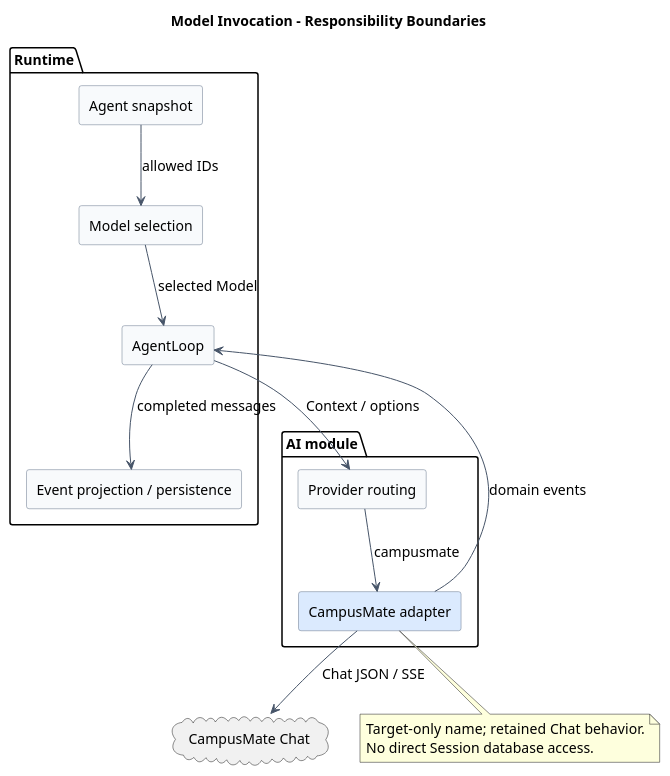
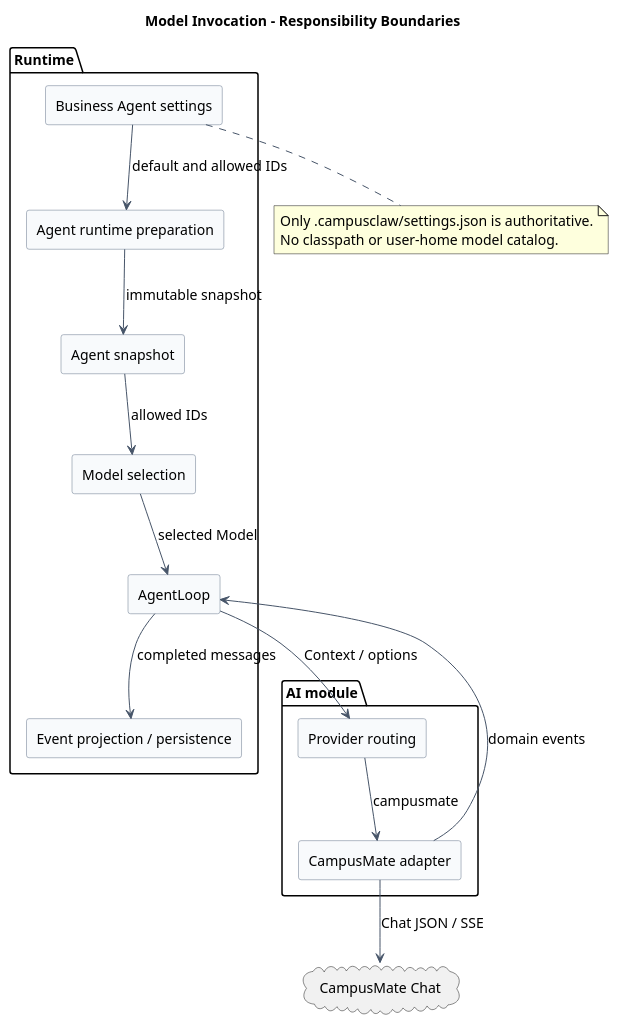
Before and after one commit to ssm0808/pi-mono-java-design: the second of 5 diagrams in 02-服务与接口/03-模型管理Provider契约/diagram.puml, drawn with PlantUML. The commit also changed other lines of this file and 14 other files, not shown here.

Commit message:
docs(model): 收敛业务 Agent 模型来源

```diff
--- a/02-服务与接口/03-模型管理Provider契约/diagram.puml
+++ b/02-服务与接口/03-模型管理Provider契约/diagram.puml
@@ -32,46 +32,51 @@
 @startuml generic_provider_boundary
-' Baseline: pi-mono-java f61906b9136246ca60f333704b6fc92b5420d0ec
+' Baseline: pi-mono-java 21c3f59be033e7bdd5506a2d9d48baa2581bc3c7
 ' Source evidence: modules/ai/src/main/java/com/campusclaw/ai/CampusClawAiService.java: streamSimple
-' Source evidence: modules/ai/src/main/java/com/campusclaw/ai/provider/mate/MateServiceModelManagerProvider.java: streamSimple, eventFlux
+' Source evidence: modules/ai/src/main/java/com/campusclaw/ai/provider/mate/CampusMateProvider.java: streamSimple, eventFlux
 ' Source evidence: modules/ai/src/main/java/com/campusclaw/ai/provider/mate/MateChatSseParser.java: accept
 ' Source evidence: modules/coding-agent-cli/src/main/java/com/campusclaw/codingagent/runtimeapi/model/MateRuntimeModelManager.java: resolveModel
+' Source evidence: modules/coding-agent-cli/src/main/java/com/campusclaw/codingagent/runtime/AgentRuntimeManager.java: loadSnapshot, validSettings
 ' Observed behavior: the Mate client owns JSON mapping and SSE decoding without a vendor SDK.
-' Product constraint: only CampusMate ships as a built-in provider; explicit extensions remain possible.
-' Target-only: rename the existing provider and identity; catalog HTTP operations remain candidates.
+' Product constraint: each business Agent settings file is the only model source.
+' Target-only: remove the process-wide model catalog and external model JSON loading.
 ' Design reason: Runtime owns model selection and persistence, while AI owns outbound adaptation.
 
 skinparam backgroundColor white
 skinparam shadowing false
 skinparam defaultFontName Arial
 skinparam defaultFontSize 14
 skinparam ArrowColor #475569
 title Model Invocation - Responsibility Boundaries
 top to bottom direction
 skinparam componentStyle rectangle
 skinparam component {
   BackgroundColor #F8FAFC
   BorderColor #64748B
 }
 package Runtime {
+  [Business Agent settings] as Settings
+  [Agent runtime preparation] as Preparation
   [Agent snapshot] as Snapshot
   [Model selection] as Selection
   [AgentLoop] as Loop
   [Event projection / persistence] as Persistence
 }
 package "AI module" {
   [Provider routing] as Routing
-  [CampusMate adapter] as Provider #DBEAFE
+  [CampusMate adapter] as Provider
 }
 cloud "CampusMate Chat" as Mate
+Settings --> Preparation : default and allowed IDs
+Preparation --> Snapshot : immutable snapshot
 Snapshot --> Selection : allowed IDs
 Selection --> Loop : selected Model
 Loop --> Routing : Context / options
 Routing --> Provider : campusmate
 Provider --> Mate : Chat JSON / SSE
 Provider --> Loop : domain events
 Loop --> Persistence : completed messages
-note bottom of Provider
-Target-only name; retained Chat behavior.
-No direct Session database access.
+note bottom of Settings
+Only .campusclaw/settings.json is authoritative.
+No classpath or user-home model catalog.
 end note
 @enduml
```
